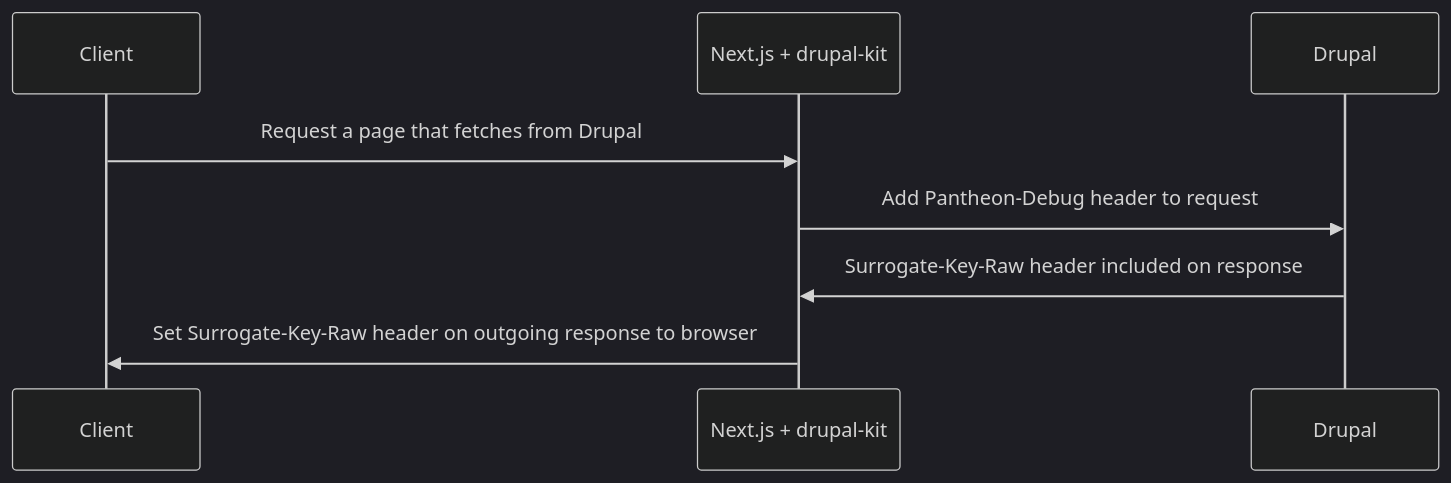
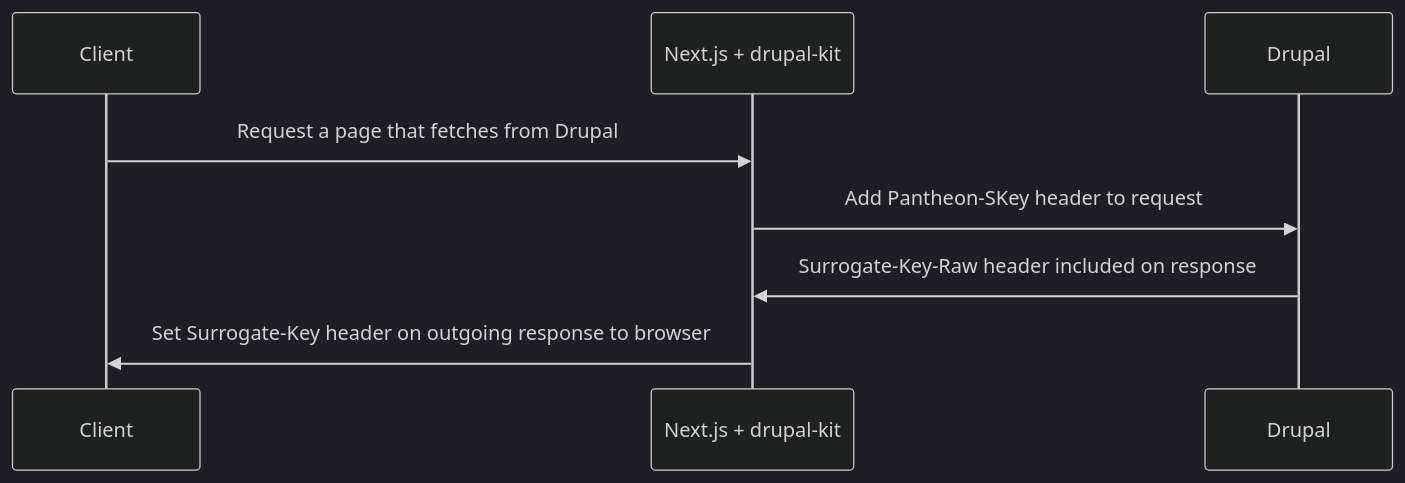
Before and after one commit to pantheon-systems/decoupled-kit-js: the diagram in web/docs/Frontend Starters/Next.js/Next.js + Drupal/surrogate-key-based-caching.md, drawn with Mermaid (dark theme). The commit also changed other lines of this file and 1 other file, not shown here.

Commit message:
DB-883: update docs to reflect surrogate-key changes

````diff
--- a/web/docs/Frontend Starters/Next.js/Next.js + Drupal/surrogate-key-based-caching.md
+++ b/web/docs/Frontend Starters/Next.js/Next.js + Drupal/surrogate-key-based-caching.md
@@ -22,10 +22,10 @@
 ```mermaid
 sequenceDiagram
 	participant A as Client
     participant B as Next.js + drupal-kit
     participant C as Drupal
     A->>B: Request a page that fetches from Drupal
-    B->>C: Add Pantheon-Debug header to request
+    B->>C: Add Pantheon-SKey header to request
     C->>B: Surrogate-Key-Raw header included on response
-    B->>A: Set Surrogate-Key-Raw header on outgoing response to browser
+    B->>A: Set Surrogate-Key header on outgoing response to browser
 ```
````
